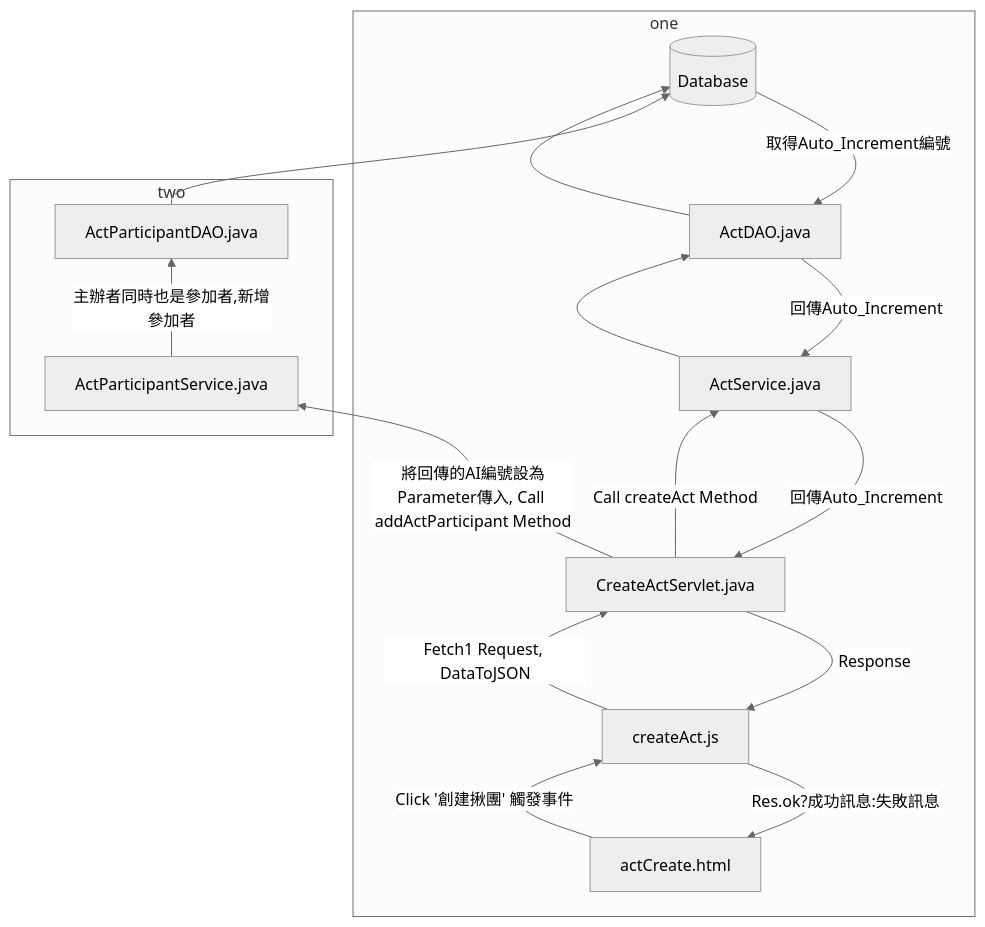
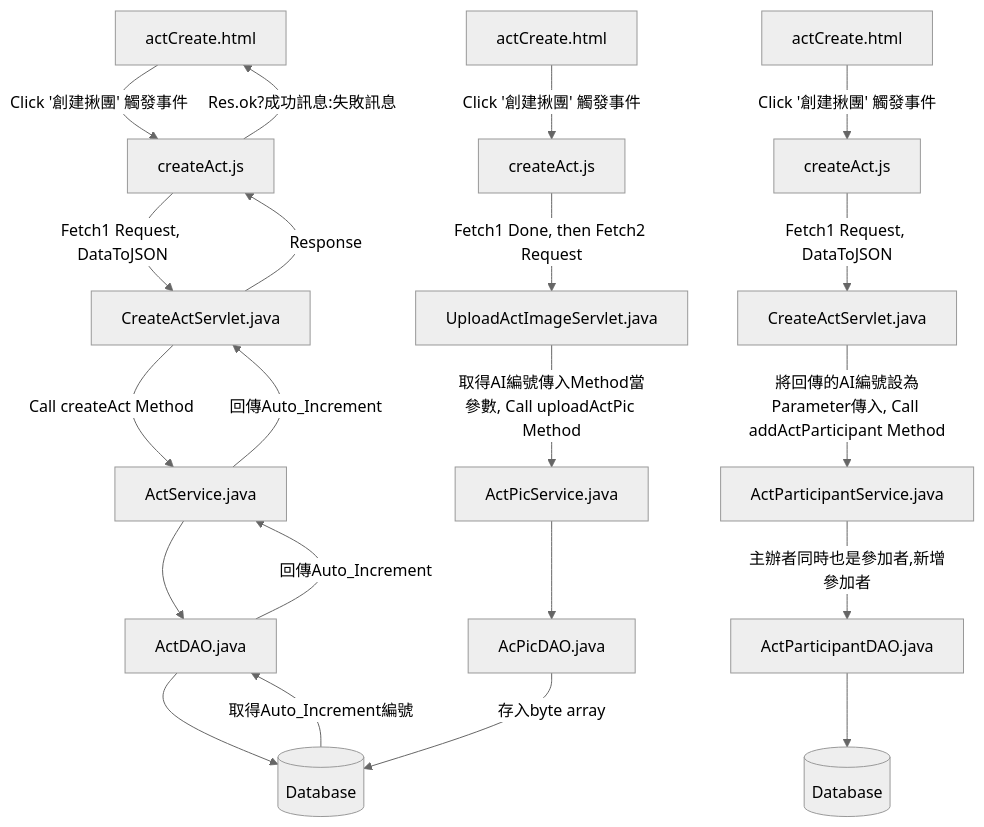
Before and after one commit to TLexYuW/CGA103G1OwnPart: the second of 15 diagrams in README.md, drawn with Mermaid (neutral theme). The commit also changed other lines of this file and 1 other file, not shown here.

Commit message:
LexVaultBackup: 2022-09-12 15:28:33
Affected files:
.obsidian/snippets/obsidian.css
README.md

````diff
--- a/README.md
+++ b/README.md
@@ -65,13 +65,16 @@
 ```mermaid
-graph BT
-	subgraph one
+graph TB
 	aC[actCreate.html] -->|Click '創建揪團' 觸發事件| cA[createAct.js] -->|Fetch1 Request, DataToJSON| CAS[CreateActServlet.java] 
 	-->|Call createAct Method| AS[ActService.java] --> AD[ActDAO.java] --> DB[(Database)]
 	DB -->|取得Auto_Increment編號| AD -->|回傳Auto_Increment| AS -->|回傳Auto_Increment| CAS 
 	-->|Response| cA -->|Res.ok?成功訊息:失敗訊息| aC
-	end
-	subgraph two
-	CAS[CreateActServlet.java] -->|將回傳的AI編號設為Parameter傳入, Call addActParticipant Method| APS[ActParticipantService.java] 
-	-->|主辦者同時也是參加者,新增參加者| APDAO[ActParticipantDAO.java] --> DB[(Database)]
-	end
+	
+	aC2[actCreate.html] -->|Click '創建揪團' 觸發事件| cA2[createAct.js] -->|Fetch1 Request, DataToJSON| CAS2[CreateActServlet.java] 
+	-->|將回傳的AI編號設為Parameter傳入, Call addActParticipant Method| APS[ActParticipantService.java] 
+	-->|主辦者同時也是參加者,新增參加者| APDAO[ActParticipantDAO.java] --> DB2[(Database)]
+	
+	aC3[actCreate.html] -->|Click '創建揪團' 觸發事件| cA3[createAct.js] 
+	-->|Fetch1 Done, then Fetch2 Request| UAIS[UploadActImageServlet.java] 
+	-->|取得AI編號傳入Method當參數, Call uploadActPic Method| APS2[ActPicService.java]
+	--> APD[AcPicDAO.java] -->|存入byte array| DB[(Database)]
 ```
````
